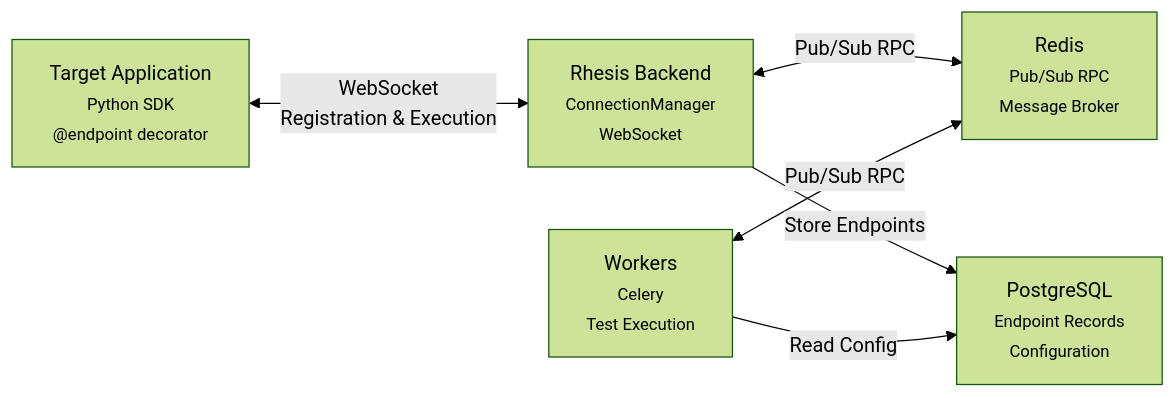
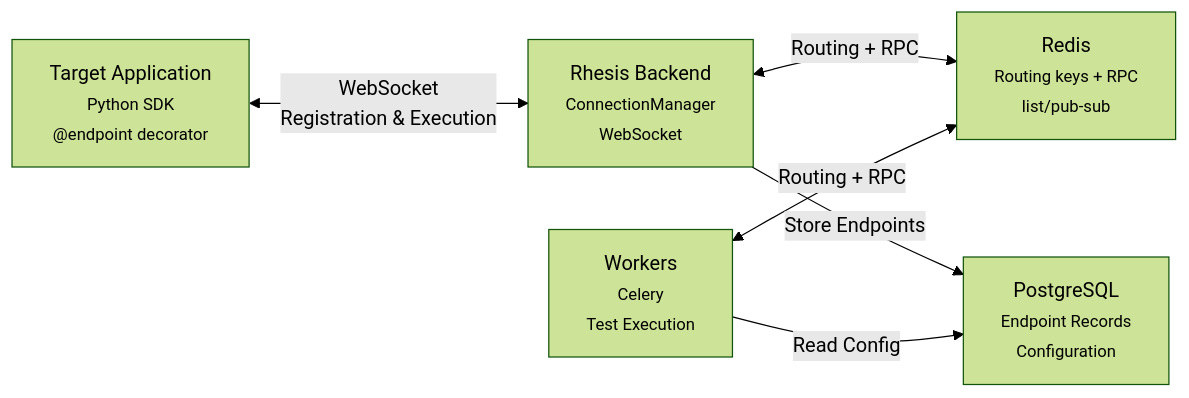
The diagram in docs/content/contribute/connector.mdx (rhesis-ai/rhesis), drawn with Mermaid (forest theme) before and after one commit. The commit also changed other lines of this file and 5 other files, not shown here.

````diff
--- a/docs/content/contribute/connector.mdx
+++ b/docs/content/contribute/connector.mdx
@@ -11,14 +11,14 @@
 ```mermaid
 graph LR
     TargetApp["Target Application<br/><small>Python SDK<br/>@endpoint decorator</small>"]
     Backend["Rhesis Backend<br/><small>ConnectionManager<br/>WebSocket</small>"]
     Workers["Workers<br/><small>Celery<br/>Test Execution</small>"]
-    Redis["Redis<br/><small>Pub/Sub RPC<br/>Message Broker</small>"]
+    Redis["Redis<br/><small>Routing keys + RPC<br/>list/pub-sub</small>"]
     PostgreSQL["PostgreSQL<br/><small>Endpoint Records<br/>Configuration</small>"]
 
     TargetApp <-->|WebSocket<br/>Registration & Execution| Backend
-    Backend <-->|Pub/Sub RPC| Redis
-    Workers <-->|Pub/Sub RPC| Redis
+    Backend <-->|Routing + RPC| Redis
+    Workers <-->|Routing + RPC| Redis
     Backend -->|Store Endpoints| PostgreSQL
     Workers -->|Read Config| PostgreSQL
 ```
````
